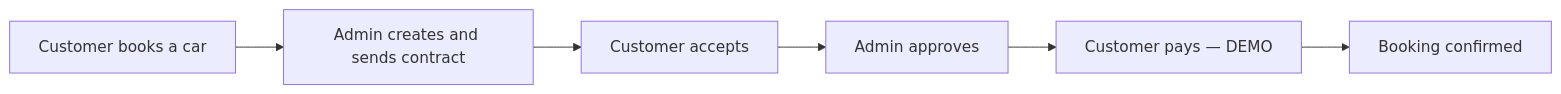
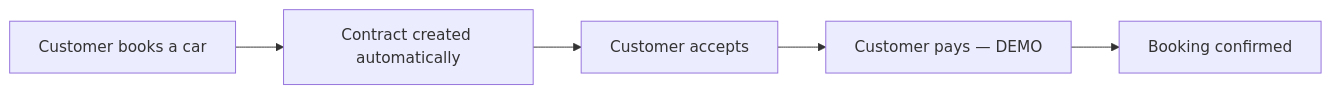
The first of 6 diagrams in README.md (newn26/drive-dee), drawn with Mermaid before and after one commit. The commit also changed other lines of this file and 13 other files, not shown here.

First line of the commit message:
Contracts: customer books, accepts and pays; remove the Admin review step

````diff
--- a/README.md
+++ b/README.md
@@ -49,8 +49,7 @@
 ```mermaid
 flowchart LR
-  A[Customer books a car] --> B[Admin creates and sends contract]
+  A[Customer books a car] --> B[Contract created automatically]
   B --> C[Customer accepts]
-  C --> D[Admin approves]
-  D --> E[Customer pays — DEMO]
-  E --> F[Booking confirmed]
+  C --> D[Customer pays — DEMO]
+  D --> E[Booking confirmed]
 ```
````
